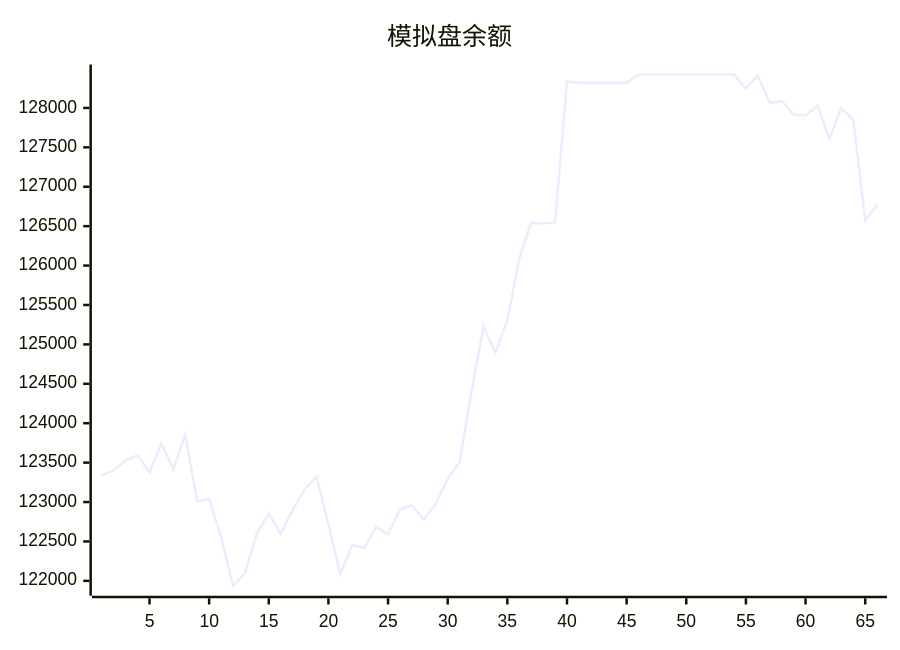
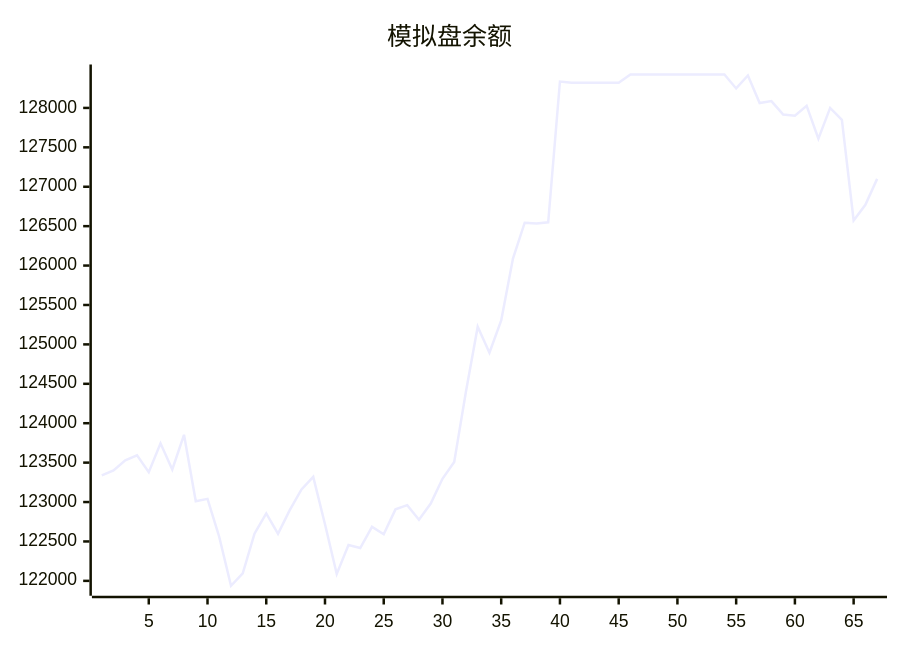
Before and after one commit to aahl/mcp-aktools: the diagram in trading/README.md, drawn with Mermaid. The commit also changed other lines of this file and 1 other file, not shown here.

````diff
--- a/trading/README.md
+++ b/trading/README.md
@@ -3,5 +3,5 @@
 ```mermaid
 xychart
     title "模拟盘余额"
-    line [123338,123402,123530,123592,123378,123745,123413,123853,123009,123040,122557,121938,122095,122599,122856,122597,122898,123160,123319,122719,122087,122454,122416,122685,122592,122907,122961,122776,122981,123295,123507,124403,125224,124894,125303,126088,126544,126534,126549,128335,128318,128318,128318,128318,128318,128424,128424,128424,128424,128424,128424,128424,128424,128424,128247,128412,128062,128087,127917,127901,128026,127611,128000,127850,126572,126770]
+    line [123338,123402,123530,123592,123378,123745,123413,123853,123009,123040,122557,121938,122095,122599,122856,122597,122898,123160,123319,122719,122087,122454,122416,122685,122592,122907,122961,122776,122981,123295,123507,124403,125224,124894,125303,126088,126544,126534,126549,128335,128318,128318,128318,128318,128318,128424,128424,128424,128424,128424,128424,128424,128424,128424,128247,128412,128062,128087,127917,127901,128026,127611,128000,127850,126572,126770,127100]
 ```
````
